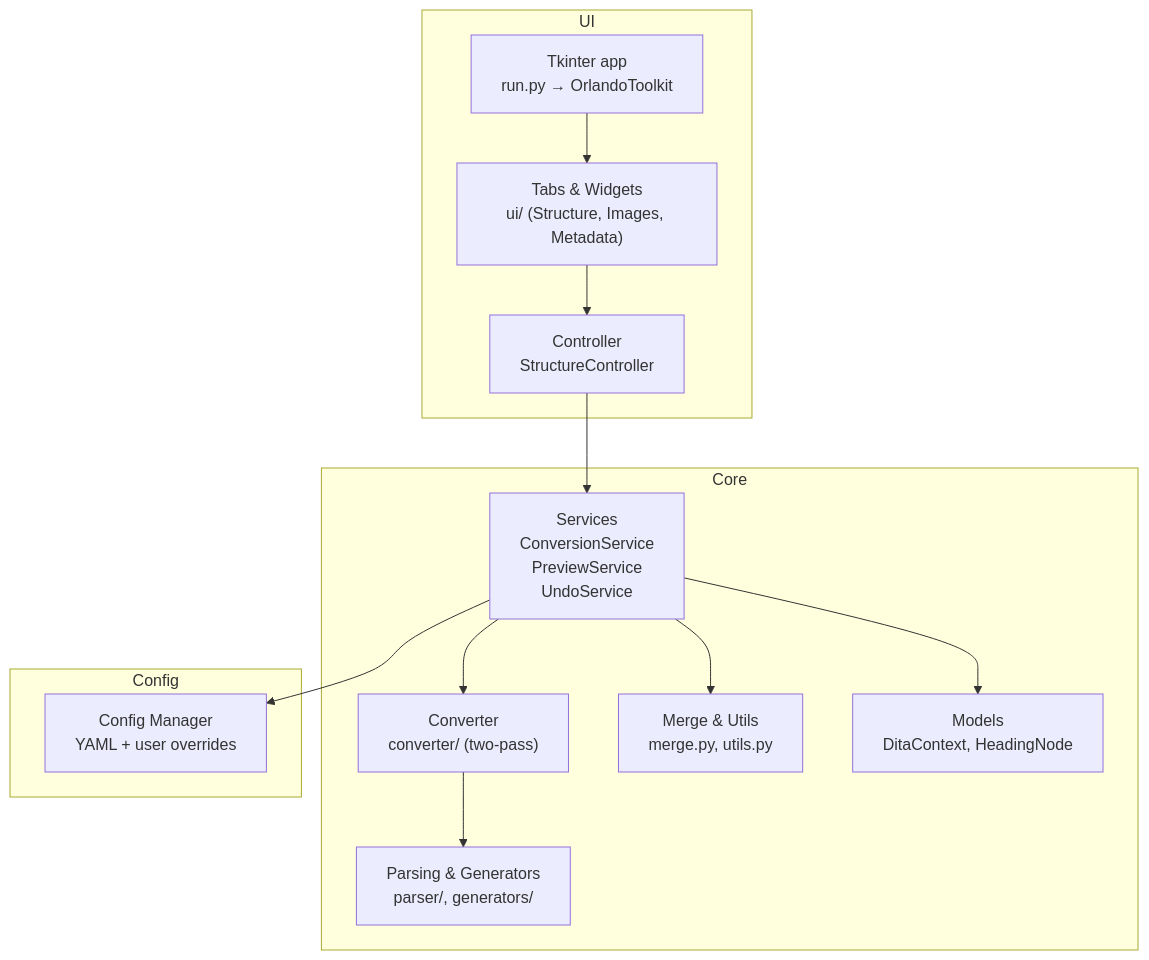
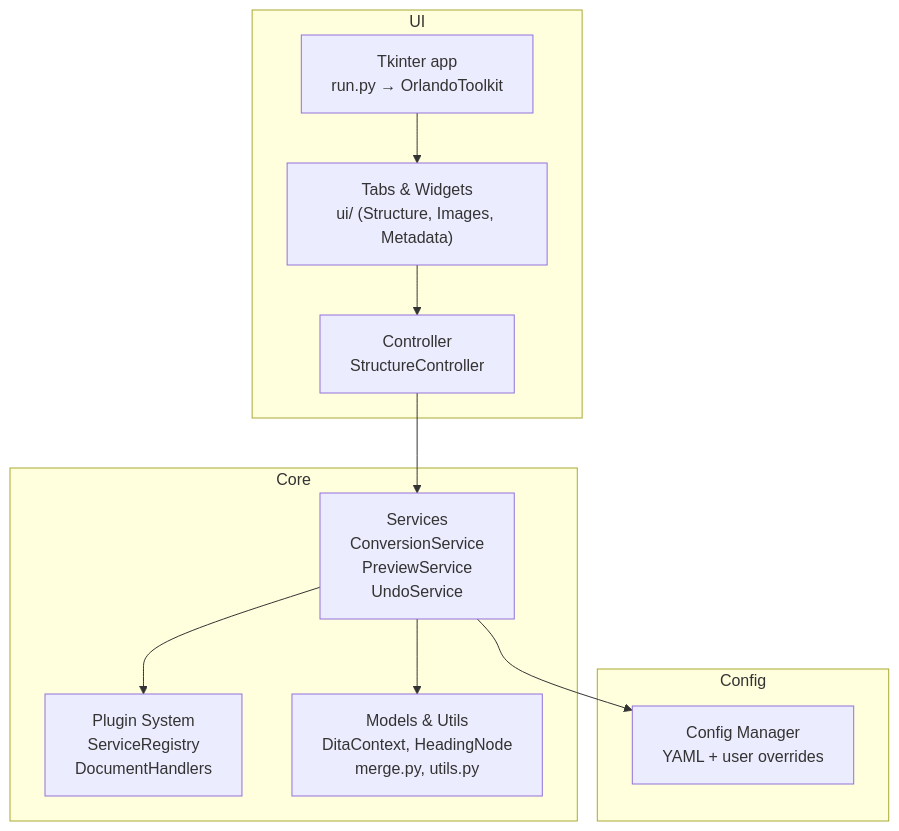
Before and after one commit to Orsso/orlando-toolkit: the diagram in docs/architecture_overview.md, drawn with Mermaid. The commit also changed other lines of this file and 77 other files, not shown here.

First line of the commit message:
feat: complete plugin manager implementation and architecture cleanup

````diff
--- a/docs/architecture_overview.md
+++ b/docs/architecture_overview.md
@@ -14,24 +15,21 @@
 ```mermaid
 flowchart TD
   subgraph UI
     A1["Tkinter app<br/>run.py → OrlandoToolkit"]
     A2["Tabs & Widgets<br/>ui/ (Structure, Images, Metadata)"]
     A3["Controller<br/>StructureController"]
   end
   subgraph Core
     B1["Services<br/>ConversionService<br/>PreviewService<br/>UndoService"]
-    B2["Converter<br/>converter/ (two-pass)"]
-    B3["Parsing & Generators<br/>parser/, generators/"]
-    B4["Merge & Utils<br/>merge.py, utils.py"]
-    B5["Models<br/>DitaContext, HeadingNode"]
+    B2["Plugin System<br/>ServiceRegistry<br/>DocumentHandlers"]
+    B3["Models & Utils<br/>DitaContext, HeadingNode<br/>merge.py, utils.py"]
   end
   subgraph Config
     C1["Config Manager<br/>YAML + user overrides"]
   end
 
   A1 --> A2 --> A3 --> B1
-  B1 --> B2 --> B3
-  B1 --> B4
-  B1 --> B5
+  B1 --> B2
+  B1 --> B3
   B1 --> C1
 ```
````
